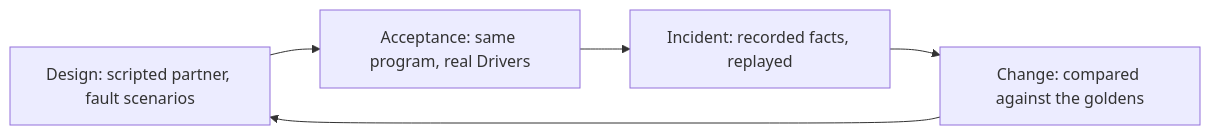
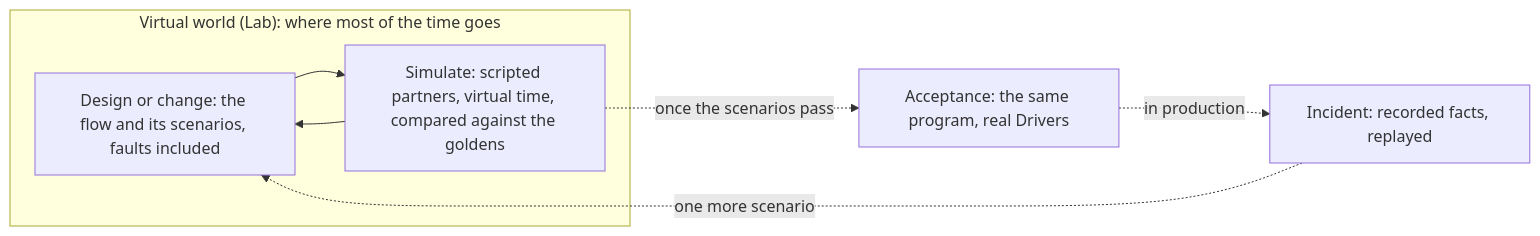
One commit to rastok-io/rastok changed the first of 3 diagrams in docs/site/index.md. Above: the diagram before and after it, drawn with Mermaid. The commit also changed other lines of this file, not shown here.

First line of the commit message:
Open the overview with the landing positioning and the Lab loop

````diff
--- a/docs/site/index.md
+++ b/docs/site/index.md
@@ -30,7 +36,10 @@
 ```mermaid
 flowchart LR
-    design["Design: scripted partner, fault scenarios"] --> acceptance["Acceptance: same program, real Drivers"]
-    acceptance --> incident["Incident: recorded facts, replayed"]
-    incident --> change["Change: compared against the goldens"]
-    change --> design
+    subgraph lab ["Virtual world (Lab): where most of the time goes"]
+        design["Design or change: the flow and its scenarios, faults included"] --> simulate["Simulate: scripted partners, virtual time, compared against the goldens"]
+        simulate --> design
+    end
+    simulate -.->|"once the scenarios pass"| acceptance["Acceptance: the same program, real Drivers"]
+    acceptance -.->|"in production"| incident["Incident: recorded facts, replayed"]
+    incident -.->|"one more scenario"| design
 ```
````
